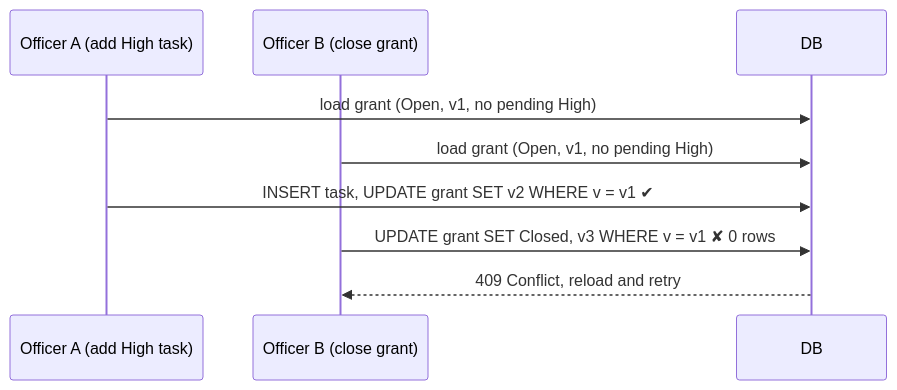
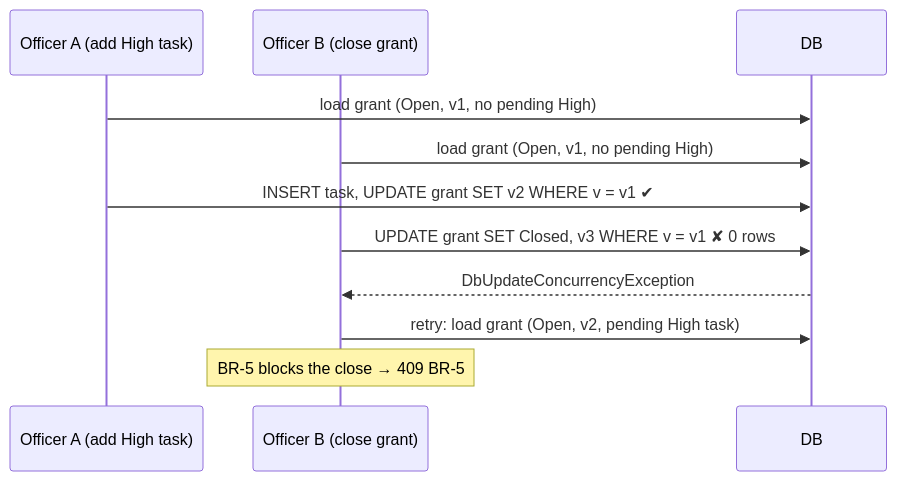
One commit to fepfer-git/grant_task_tracker changed the third of 3 diagrams in docs/DESIGN.md. Above: the diagram before and after it, drawn with Mermaid. The commit also changed other lines of this file and 4 other files, not shown here.

````diff
--- a/docs/DESIGN.md
+++ b/docs/DESIGN.md
@@ -96,11 +161,13 @@
 ```mermaid
 sequenceDiagram
     participant A as Officer A (add High task)
     participant B as Officer B (close grant)
     participant DB
     A->>DB: load grant (Open, v1, no pending High)
     B->>DB: load grant (Open, v1, no pending High)
     A->>DB: INSERT task, UPDATE grant SET v2 WHERE v = v1 ✔
     B->>DB: UPDATE grant SET Closed, v3 WHERE v = v1 ✘ 0 rows
-    DB-->>B: 409 Conflict, reload and retry
+    DB-->>B: DbUpdateConcurrencyException
+    B->>DB: retry: load grant (Open, v2, pending High task)
+    Note over B: BR-5 blocks the close → 409 BR-5
 ```
````
